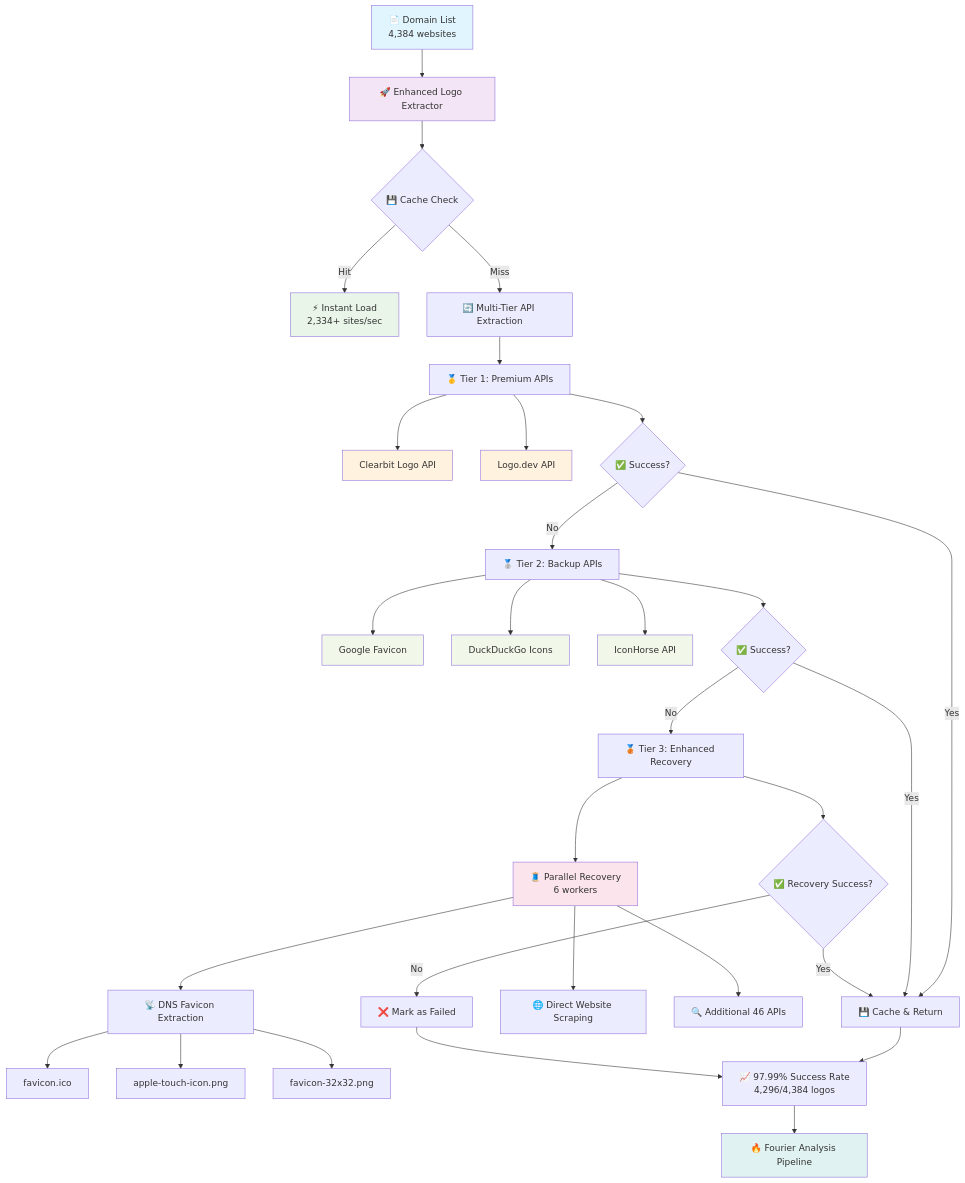
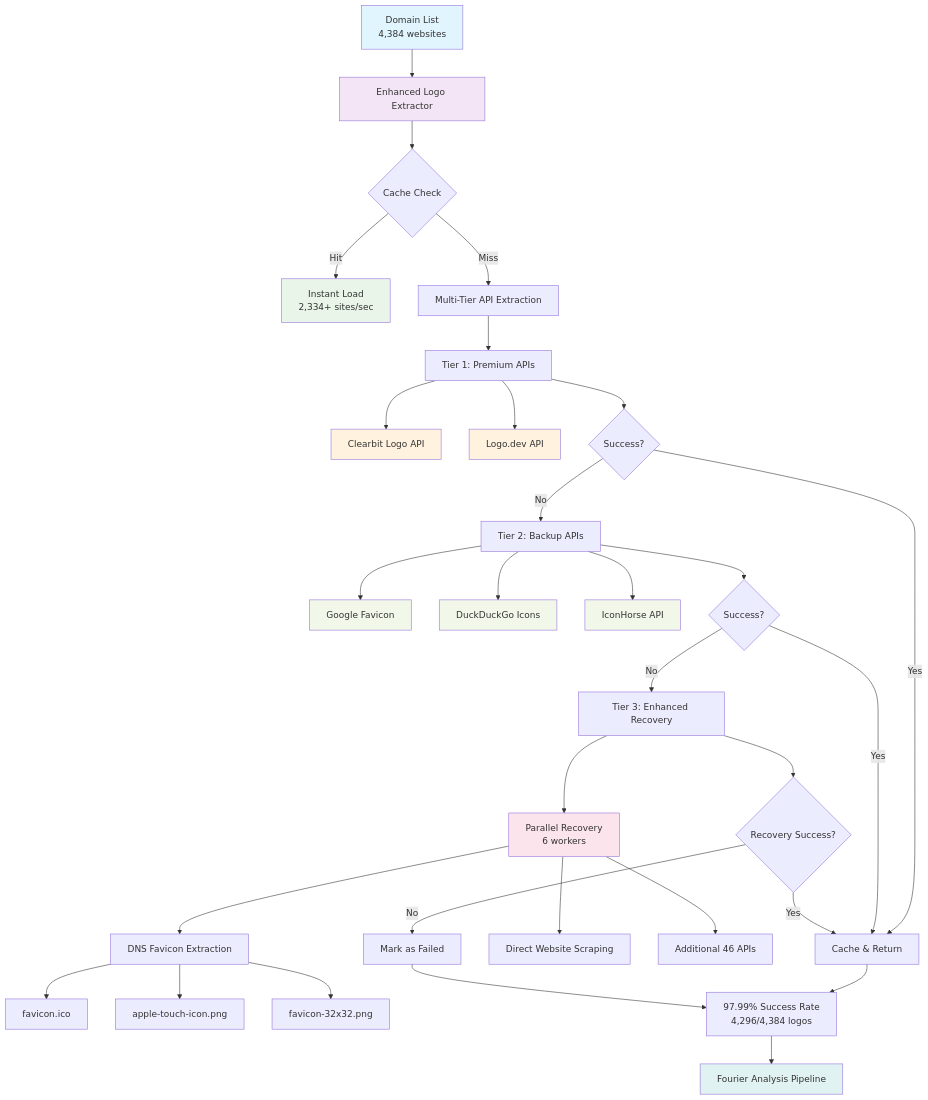
Before and after one commit to dirgnic/LogoMatcher: the first of 2 diagrams in README.md, drawn with Mermaid. The commit also changed other lines of this file and 85 other files, not shown here.

````diff
--- a/README.md
+++ b/README.md
@@ -9,53 +9,53 @@
 ```mermaid
 graph TD
-    A[📄 Domain List<br/>4,384 websites] --> B[🚀 Enhanced Logo Extractor]
+    A[ Domain List<br/>4,384 websites] --> B[ Enhanced Logo Extractor]
     
-    B --> C{💾 Cache Check}
-    C -->|Hit| D[⚡ Instant Load<br/>2,334+ sites/sec]
-    C -->|Miss| E[🔄 Multi-Tier API Extraction]
+    B --> C{ Cache Check}
+    C -->|Hit| D[ Instant Load<br/>2,334+ sites/sec]
+    C -->|Miss| E[ Multi-Tier API Extraction]
     
-    E --> F[🥇 Tier 1: Premium APIs]
+    E --> F[ Tier 1: Premium APIs]
     F --> G[Clearbit Logo API]
     F --> H[Logo.dev API]
     
-    F --> I{✅ Success?}
-    I -->|Yes| J[💾 Cache & Return]
-    I -->|No| K[🥈 Tier 2: Backup APIs]
+    F --> I{ Success?}
+    I -->|Yes| J[ Cache & Return]
+    I -->|No| K[ Tier 2: Backup APIs]
     
     K --> L[Google Favicon]
     K --> M[DuckDuckGo Icons]
     K --> N[IconHorse API]
     
-    K --> O{✅ Success?}
+    K --> O{ Success?}
     O -->|Yes| J
-    O -->|No| P[🥉 Tier 3: Enhanced Recovery]
+    O -->|No| P[ Tier 3: Enhanced Recovery]
     
-    P --> Q[🧵 Parallel Recovery<br/>6 workers]
-    Q --> R[📡 DNS Favicon Extraction]
-    Q --> S[🌐 Direct Website Scraping]
-    Q --> T[🔍 Additional 46 APIs]
+    P --> Q[ Parallel Recovery<br/>6 workers]
+    Q --> R[ DNS Favicon Extraction]
+    Q --> S[ Direct Website Scraping]
+    Q --> T[ Additional 46 APIs]
     
     R --> U[favicon.ico]
     R --> V[apple-touch-icon.png]
     R --> W[favicon-32x32.png]
     
-    P --> X{✅ Recovery Success?}
+    P --> X{ Recovery Success?}
     X -->|Yes| J
-    X -->|No| Y[❌ Mark as Failed]
+    X -->|No| Y[ Mark as Failed]
     
-    J --> Z[📈 97.99% Success Rate<br/>4,296/4,384 logos]
+    J --> Z[ 97.99% Success Rate<br/>4,296/4,384 logos]
     Y --> Z
     
-    Z --> AA[🔥 Fourier Analysis Pipeline]
+    Z --> AA[ Fourier Analysis Pipeline]
     
     style A fill:#e1f5fe
     style B fill:#f3e5f5
     style D fill:#e8f5e8
     style G fill:#fff3e0
     style H fill:#fff3e0
     style L fill:#f1f8e9
     style M fill:#f1f8e9
     style N fill:#f1f8e9
     style Q fill:#fce4ec
     style AA fill:#e0f2f1
 ```
````
